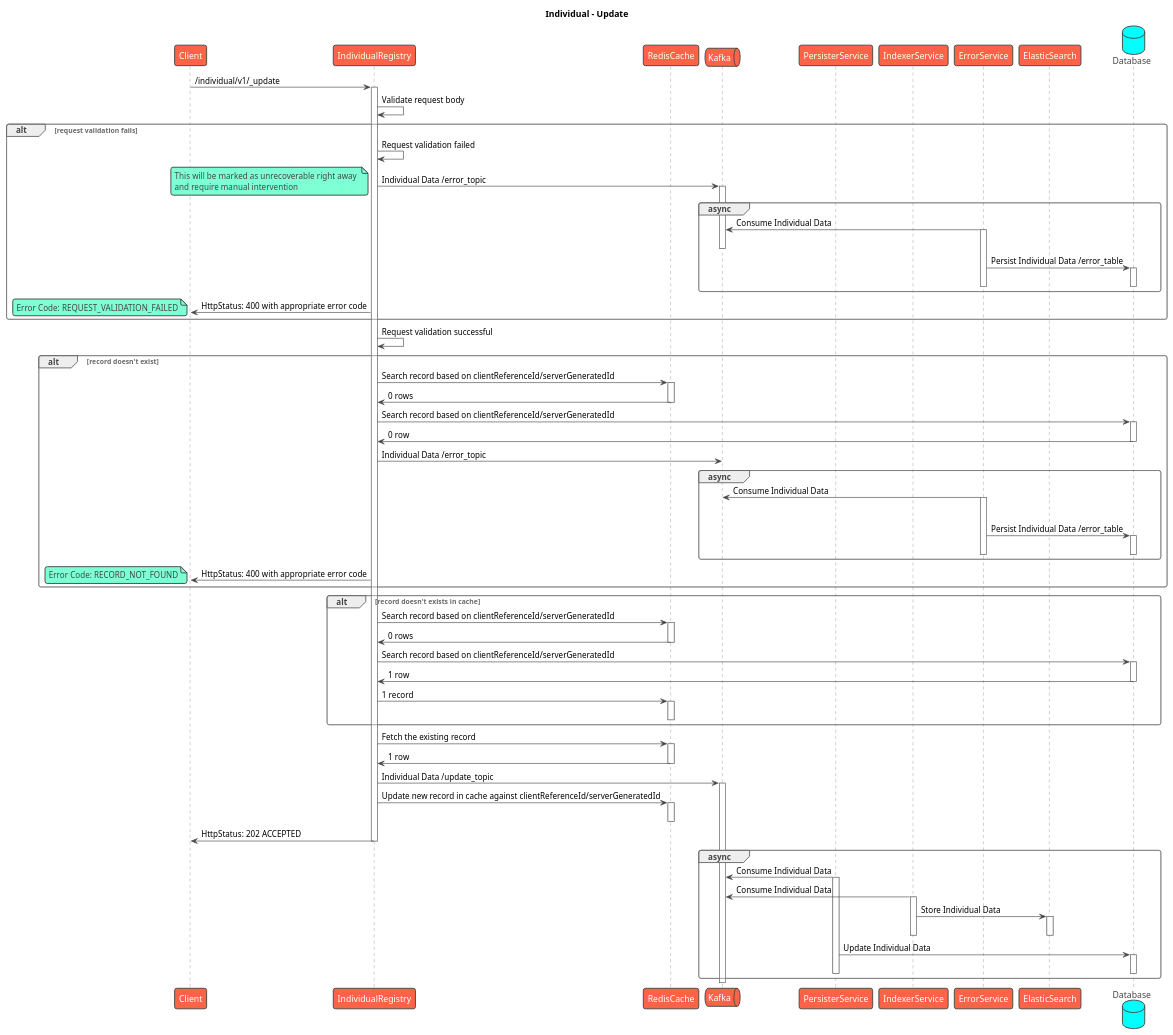
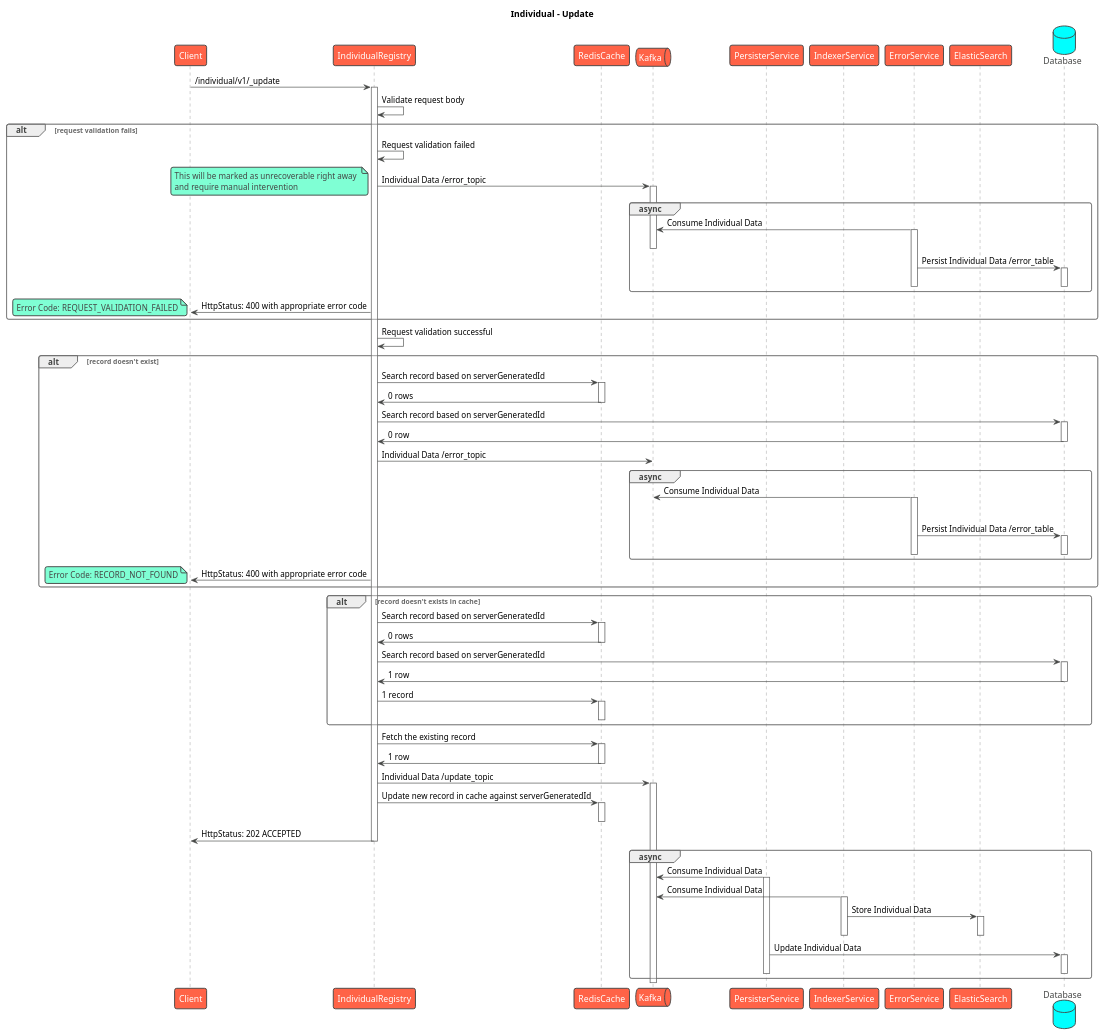
The diagram in contracts/registries/individual/sequence/update.puml (egovernments/health-api-specs), drawn with PlantUML before and after one commit. The commit also changed 5 other files, not shown here.

First line of the commit message:
Sequence: Removed clientReferenceId

```diff
--- a/contracts/registries/individual/sequence/update.puml
+++ b/contracts/registries/individual/sequence/update.puml
@@ -1,107 +1,107 @@
 @startuml
 title Individual - Update
 !theme vibrant
 participant Client as c
 participant IndividualRegistry as s
 participant RedisCache as rc
 queue Kafka as k
 participant PersisterService as prs
 participant IndexerService as idx
 participant ErrorService as es
 participant ElasticSearch as el
 database Database as db
 c -> s : /individual/v1/_update
 activate s
 s -> s: Validate request body
 alt request validation fails
     s -> s: Request validation failed
     s -> k: Individual Data /error_topic
     note left
         This will be marked as unrecoverable right away 
         and require manual intervention
     end note
     activate k
     group async
         es -> k: Consume Individual Data
         activate es
         deactivate k
         es -> db: Persist Individual Data /error_table
         activate db
         deactivate db
         deactivate es
     end
     s -> c: HttpStatus: 400 with appropriate error code
     note left
       Error Code: REQUEST_VALIDATION_FAILED
     end note
 end
 s -> s: Request validation successful
 alt record doesn't exist
-    s -> rc: Search record based on clientReferenceId/serverGeneratedId
+    s -> rc: Search record based on serverGeneratedId
     activate rc
     rc -> s: 0 rows
     deactivate rc
-    s -> db: Search record based on clientReferenceId/serverGeneratedId
+    s -> db: Search record based on serverGeneratedId
     activate db
     db -> s: 0 row
     deactivate db
     s -> k: Individual Data /error_topic
     group async
         es -> k: Consume Individual Data
         activate es
         deactivate k
         es -> db: Persist Individual Data /error_table
         activate db
         deactivate db
         deactivate es
     end
     s -> c: HttpStatus: 400 with appropriate error code
     note left
       Error Code: RECORD_NOT_FOUND
     end note
 end
 alt record doesn't exists in cache
-    s -> rc: Search record based on clientReferenceId/serverGeneratedId
+    s -> rc: Search record based on serverGeneratedId
     activate rc
     rc -> s: 0 rows
     deactivate rc
-    s -> db: Search record based on clientReferenceId/serverGeneratedId
+    s -> db: Search record based on serverGeneratedId
     activate db
     db -> s: 1 row
     deactivate db
     s -> rc: 1 record
     activate rc
     deactivate rc
 end
 s -> rc: Fetch the existing record
 activate rc
 rc -> s: 1 row
 deactivate rc
 'ir -> ir: Check if the new record is not equal to existing record
 'alt new record equals existing record
 '    ir -> ir: New record equals existing record
 '    ir -> c: HttpStatus: 202 ACCEPTED with appropriate response code
 'end
 s -> k: Individual Data /update_topic
 activate k
-s -> rc: Update new record in cache against clientReferenceId/serverGeneratedId
+s -> rc: Update new record in cache against serverGeneratedId
 activate rc
 deactivate rc
 s -> c: HttpStatus: 202 ACCEPTED
 deactivate s
 group async
     prs -> k: Consume Individual Data
     activate prs
     idx -> k: Consume Individual Data
     activate idx
     idx -> el: Store Individual Data
     activate el
     deactivate el
     deactivate idx
     prs -> db: Update Individual Data
     activate db
     deactivate db
     deactivate prs
 end
 deactivate k
 @enduml
```
